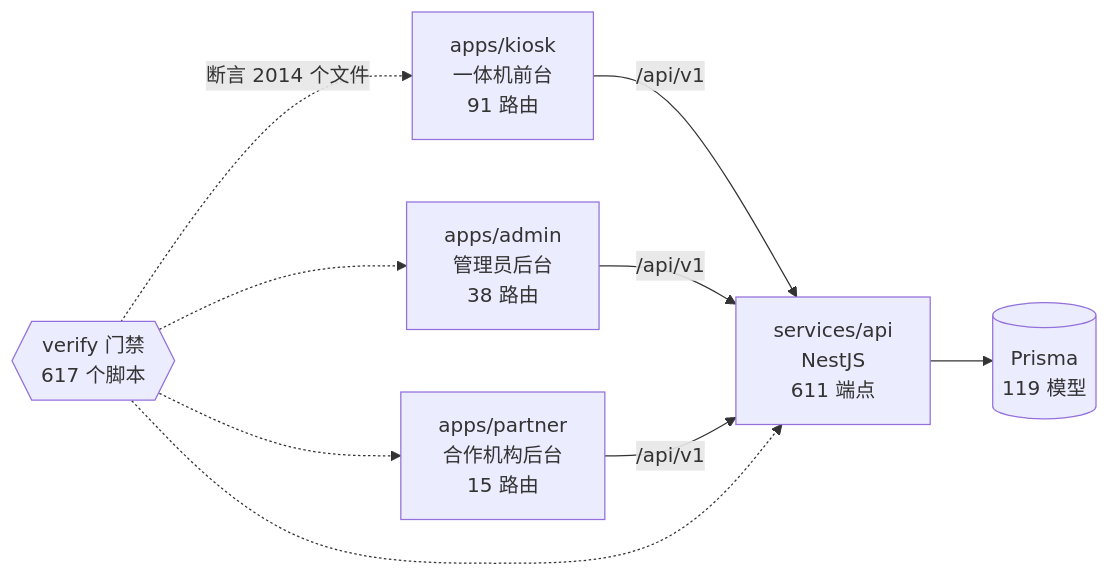
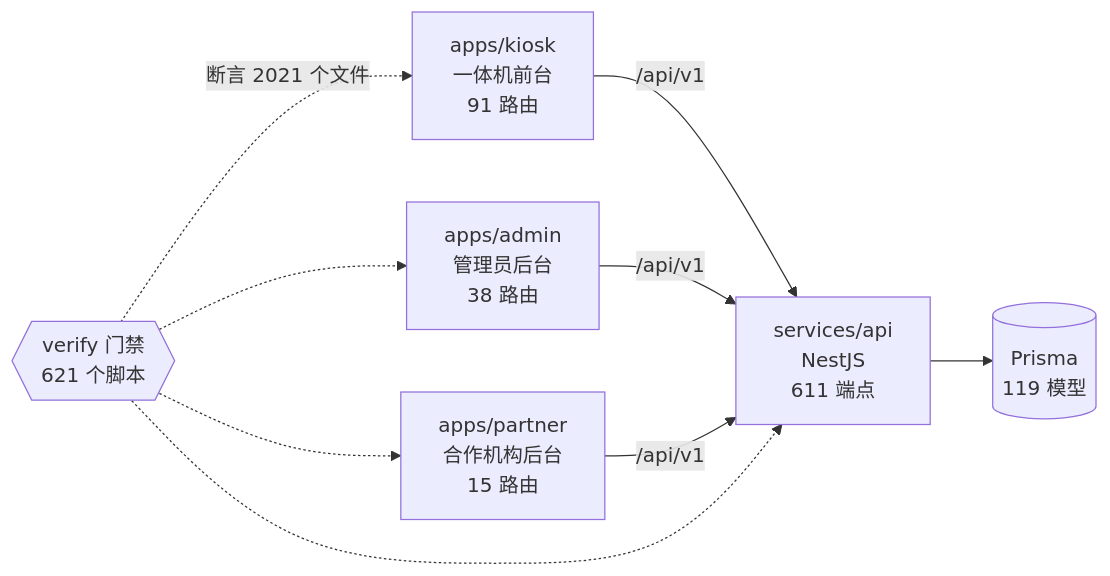
One commit to wanglei581/YITIJI changed the diagram in docs/graph/README.md. Above: the diagram before and after it, drawn with Mermaid. The commit also changed other lines of this file and 24 other files, not shown here.

````diff
--- a/docs/graph/README.md
+++ b/docs/graph/README.md
@@ -68,18 +68,18 @@
 ```mermaid
 flowchart LR
   kiosk["apps/kiosk<br/>一体机前台<br/>91 路由"]
   admin["apps/admin<br/>管理员后台<br/>38 路由"]
   partner["apps/partner<br/>合作机构后台<br/>15 路由"]
   api["services/api<br/>NestJS<br/>611 端点"]
   db[("Prisma<br/>119 模型")]
-  gates{{"verify 门禁<br/>617 个脚本"}}
+  gates{{"verify 门禁<br/>621 个脚本"}}
 
   kiosk -->|"/api/v1"| api
   admin -->|"/api/v1"| api
   partner -->|"/api/v1"| api
   api --> db
-  gates -.->|"断言 2014 个文件"| kiosk
+  gates -.->|"断言 2021 个文件"| kiosk
   gates -.-> admin
   gates -.-> partner
   gates -.-> api
 ```
````
